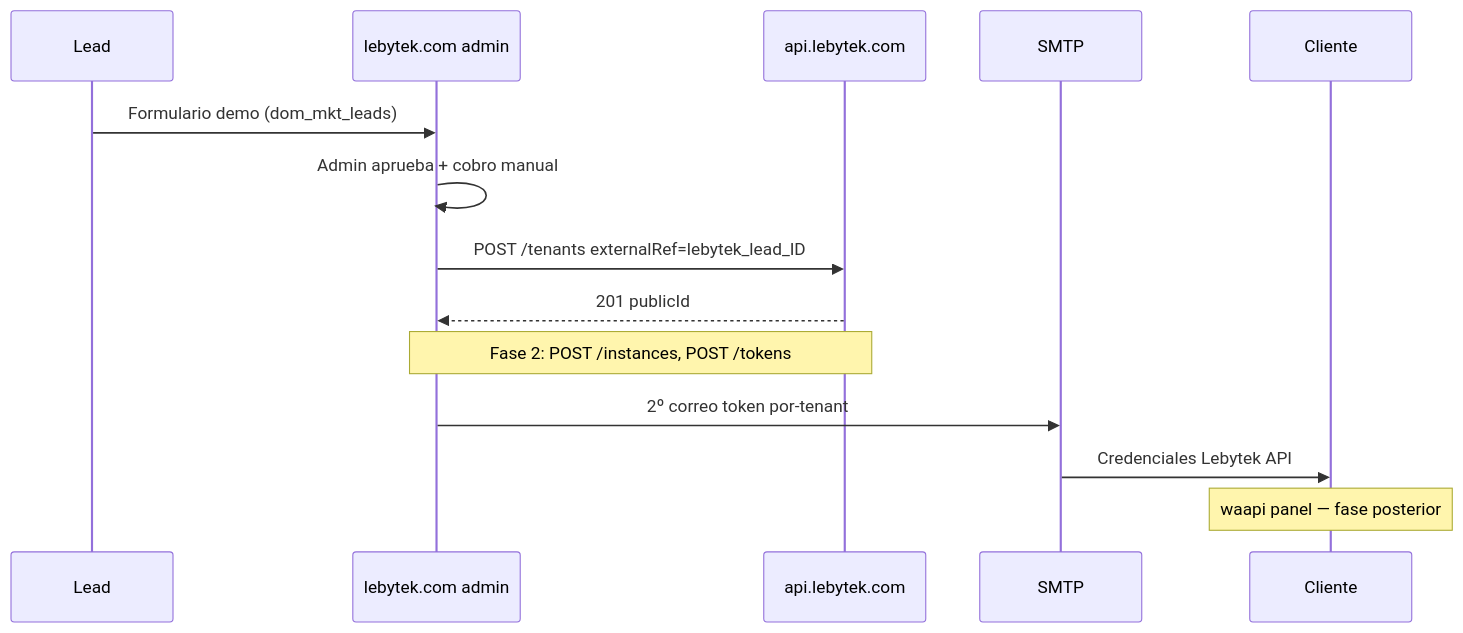
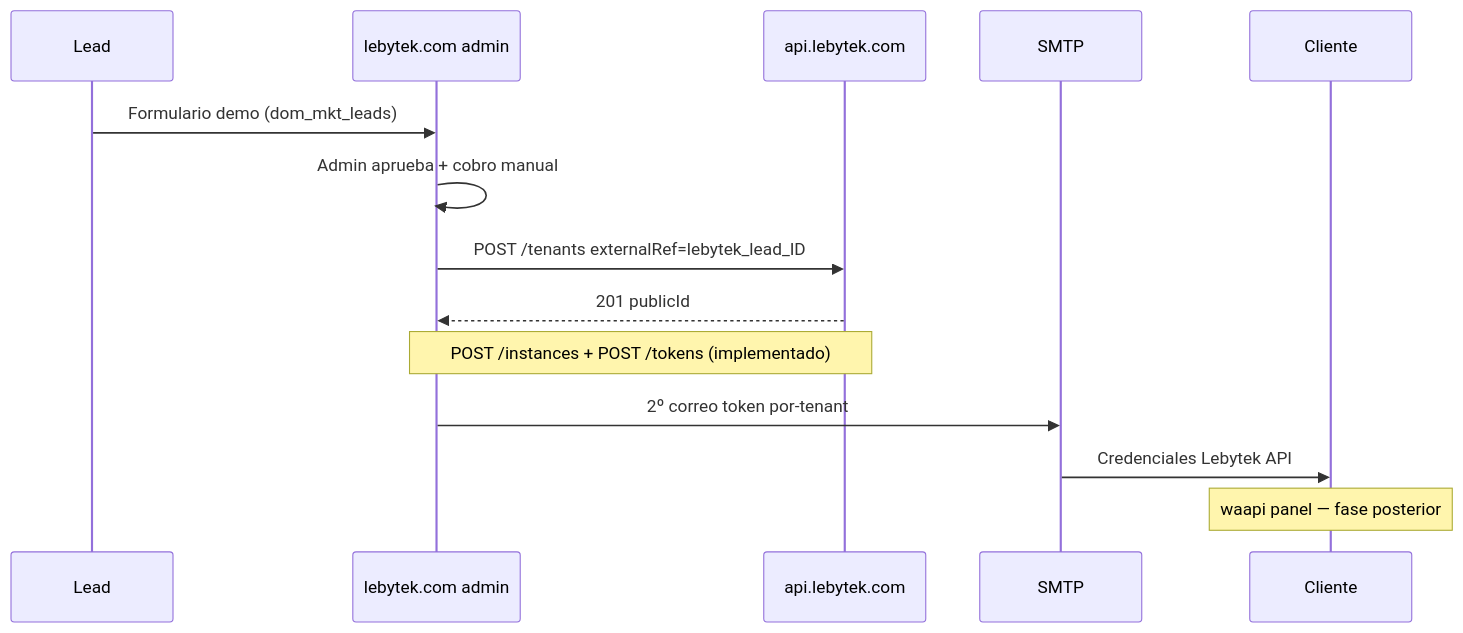
One commit to Parzival2103/WhatsApiLebytek changed the diagram in docs/integration/role-delegation-lebytek-api.md. Above: the diagram before and after it, drawn with Mermaid. The commit also changed other lines of this file and 3 other files, not shown here.

Commit message:
docs(integration): mark E2E phase 0/1 complete, tokens/instances implemented

````diff
--- a/docs/integration/role-delegation-lebytek-api.md
+++ b/docs/integration/role-delegation-lebytek-api.md
@@ -117,17 +117,17 @@
 ```mermaid
 sequenceDiagram
     participant Lead
     participant BO as lebytek.com admin
     participant A as api.lebytek.com
     participant Mail as SMTP
     participant C as Cliente
 
     Lead->>BO: Formulario demo (dom_mkt_leads)
     BO->>BO: Admin aprueba + cobro manual
     BO->>A: POST /tenants externalRef=lebytek_lead_ID
     A-->>BO: 201 publicId
-    Note over BO,A: Fase 2: POST /instances, POST /tokens
+    Note over BO,A: POST /instances + POST /tokens (implementado)
     BO->>Mail: 2º correo token por-tenant
     Mail->>C: Credenciales Lebytek API
     Note over C: waapi panel — fase posterior
 ```
````
